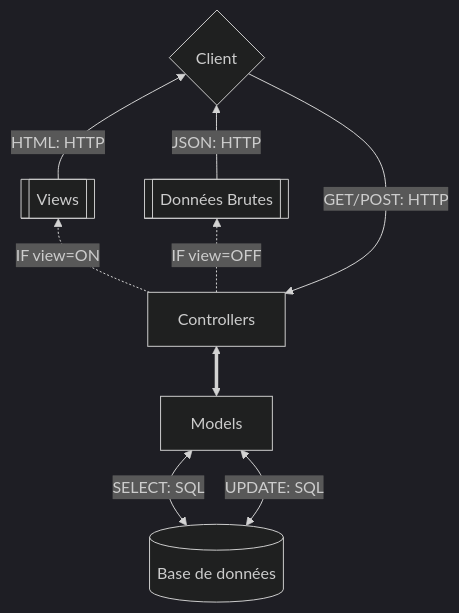
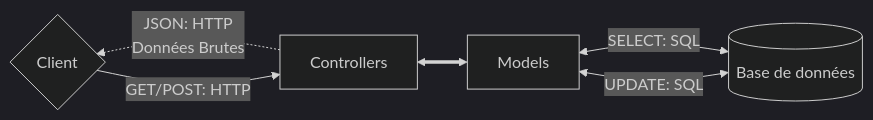
The first of 2 diagrams in README.md (FloRobart/Econoris_server), drawn with Mermaid (dark theme) before and after one commit. The commit also changed other lines of this file and 17 other files, not shown here.

````diff
--- a/README.md
+++ b/README.md
@@ -47,12 +53,9 @@
 ```mermaid
-flowchart BT
+flowchart RL
 
 A[(Base de données)] <--> |SELECT: SQL| B[Models]
 A <--> |UPDATE: SQL| B
 B <==> C[Controllers]
-C -.-> |IF view=ON| D[[Views]]
-C -.-> |IF view=OFF| E[[Données Brutes]]
-D --> |HTML: HTTP| F{Client}
-E --> |JSON: HTTP| F
+C -.-> |JSON: HTTP<br>Données Brutes| F{Client}
 F --> |GET/POST: HTTP| C
 ```
````
